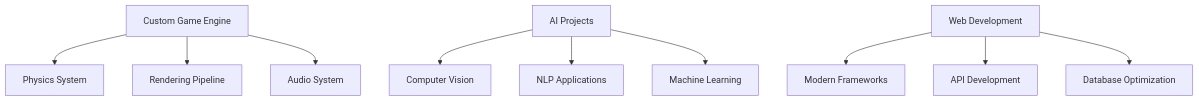
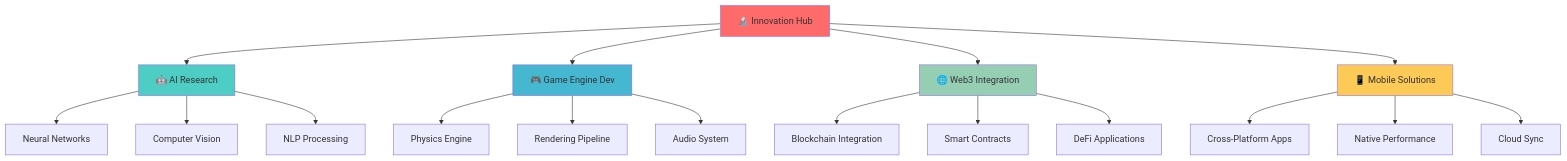
One commit to AlianEdit/AlianEdit changed the diagram in README.md. Above: the diagram before and after it, drawn with Mermaid. The commit also changed other lines of this file, not shown here.

````diff
--- a/README.md
+++ b/README.md
@@ -130,12 +351,29 @@
 ```mermaid
-graph TD
-    A[Custom Game Engine] --> B[Physics System]
-    A --> C[Rendering Pipeline]
-    A --> D[Audio System]
-    E[AI Projects] --> F[Computer Vision]
-    E --> G[NLP Applications]
-    E --> H[Machine Learning]
-    I[Web Development] --> J[Modern Frameworks]
-    I --> K[API Development]
-    I --> L[Database Optimization]
+graph TB
+    A[🔬 Innovation Hub] --> B[🤖 AI Research]
+    A --> C[🎮 Game Engine Dev]
+    A --> D[🌐 Web3 Integration]
+    A --> E[📱 Mobile Solutions]
+    
+    B --> F[Neural Networks]
+    B --> G[Computer Vision]
+    B --> H[NLP Processing]
+    
+    C --> I[Physics Engine]
+    C --> J[Rendering Pipeline]
+    C --> K[Audio System]
+    
+    D --> L[Blockchain Integration]
+    D --> M[Smart Contracts]
+    D --> N[DeFi Applications]
+    
+    E --> O[Cross-Platform Apps]
+    E --> P[Native Performance]
+    E --> Q[Cloud Sync]
+    
+    style A fill:#ff6b6b
+    style B fill:#4ecdc4
+    style C fill:#45b7d1
+    style D fill:#96ceb4
+    style E fill:#feca57
 ```
````
